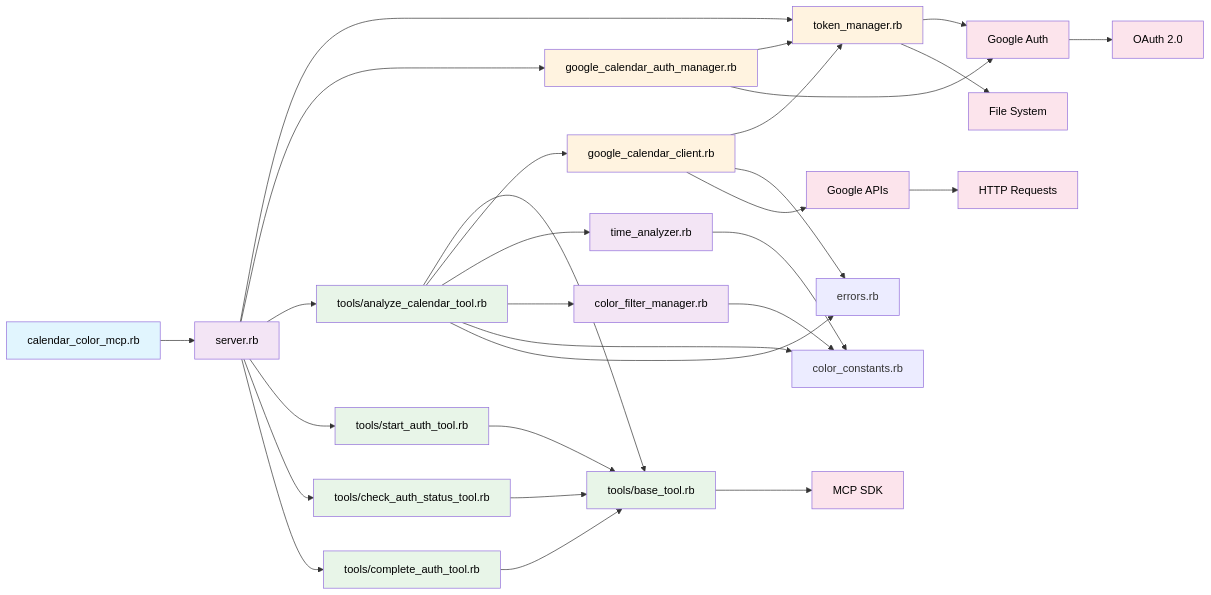
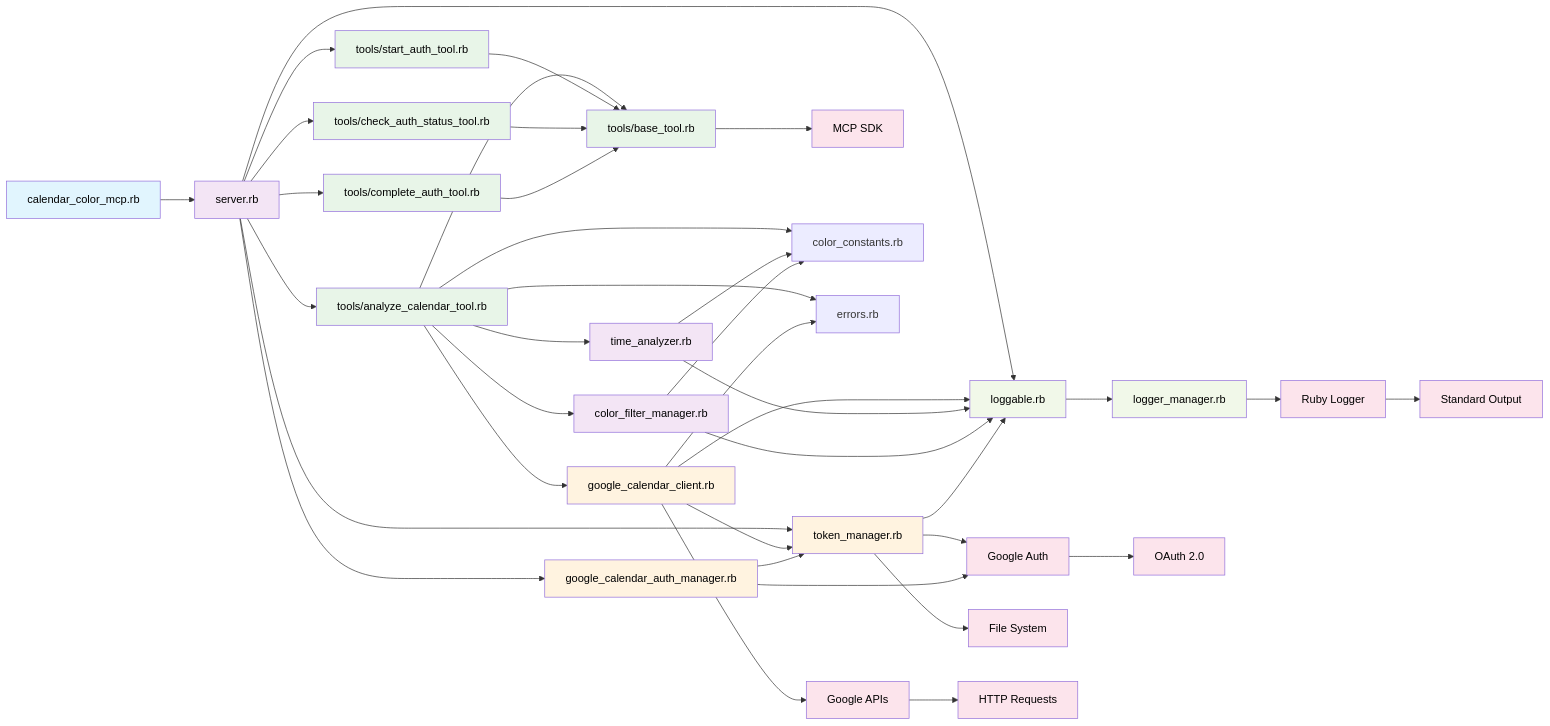
One commit to talasago/gcal-color-time-tracker-mcp changed the diagram in docs/lib-dependencies.md. Above: the diagram before and after it, drawn with Mermaid. The commit also changed other lines of this file and 2 other files, not shown here.

Commit message:
feat: add logging functionality with Loggable and LoggerManager classes

````diff
--- a/docs/lib-dependencies.md
+++ b/docs/lib-dependencies.md
@@ -3,63 +3,75 @@
 ```mermaid
 graph LR
     %% Entry Point
     Main[calendar_color_mcp.rb] --> Server[server.rb]
     
     %% Server Dependencies
+    Server --> Loggable[loggable.rb]
     Server --> TokenManager[token_manager.rb]
     Server --> AuthManager[google_calendar_auth_manager.rb]
     Server --> AnalyzeTool[tools/analyze_calendar_tool.rb]
     Server --> StartAuthTool[tools/start_auth_tool.rb]
     Server --> CheckAuthTool[tools/check_auth_status_tool.rb]
     Server --> CompleteAuthTool[tools/complete_auth_tool.rb]
     
     %% Tool Base Class
     BaseTool[tools/base_tool.rb] --> MCP[MCP SDK]
     AnalyzeTool --> BaseTool
     StartAuthTool --> BaseTool
     CheckAuthTool --> BaseTool
     CompleteAuthTool --> BaseTool
     
     %% Analyze Tool Dependencies
     AnalyzeTool --> GoogleCalendarClient[google_calendar_client.rb]
     AnalyzeTool --> TimeAnalyzer[time_analyzer.rb]
     AnalyzeTool --> ColorFilterManager[color_filter_manager.rb]
     AnalyzeTool --> ColorConstants[color_constants.rb]
     AnalyzeTool --> Errors[errors.rb]
     
     %% Google Calendar Client Dependencies
+    GoogleCalendarClient --> Loggable
     GoogleCalendarClient --> TokenManager
     GoogleCalendarClient --> Errors
     GoogleCalendarClient --> GoogleAPI[Google APIs]
     
     %% Time Analyzer Dependencies
+    TimeAnalyzer --> Loggable
     TimeAnalyzer --> ColorConstants
     
     %% Color Filter Manager Dependencies
+    ColorFilterManager --> Loggable
     ColorFilterManager --> ColorConstants
     
     %% Token Manager Dependencies
+    TokenManager --> Loggable
     TokenManager --> GoogleAuth[Google Auth]
     TokenManager --> FileSystem[File System]
+    
+    %% Logging System Dependencies
+    Loggable --> LoggerManager[logger_manager.rb]
+    LoggerManager --> Logger[Ruby Logger]
     
     %% Auth Manager Dependencies (inferred)
     AuthManager --> TokenManager
     AuthManager --> GoogleAuth
     
     %% External Dependencies
     GoogleAPI --> HTTP[HTTP Requests]
     GoogleAuth --> OAuth[OAuth 2.0]
+    Logger --> STDOUT[Standard Output]
     
     %% Styling
     classDef entryPoint fill:#e1f5fe,color:#000
     classDef core fill:#f3e5f5,color:#000
     classDef tools fill:#e8f5e8,color:#000
     classDef managers fill:#fff3e0,color:#000
+    classDef logging fill:#f1f8e9,color:#000
     classDef external fill:#fce4ec,color:#000
     
     class Main entryPoint
     class Server,TimeAnalyzer,ColorFilterManager core
     class AnalyzeTool,StartAuthTool,CheckAuthTool,CompleteAuthTool,BaseTool tools
     class TokenManager,AuthManager,GoogleCalendarClient managers
-    class MCP,GoogleAPI,GoogleAuth,FileSystem,HTTP,OAuth external
+    class Loggable,LoggerManager logging
+    class MCP,GoogleAPI,GoogleAuth,FileSystem,HTTP,OAuth,Logger,STDOUT external
 ```
````
